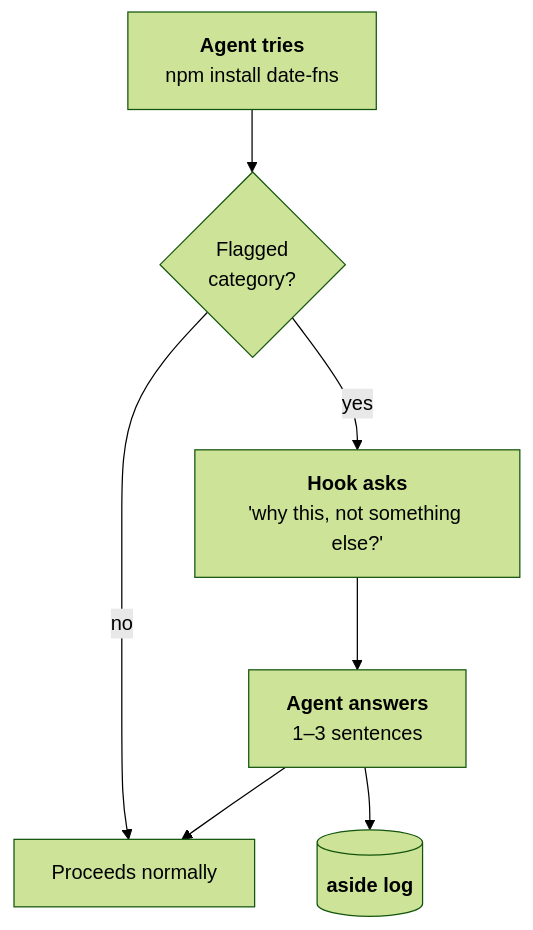
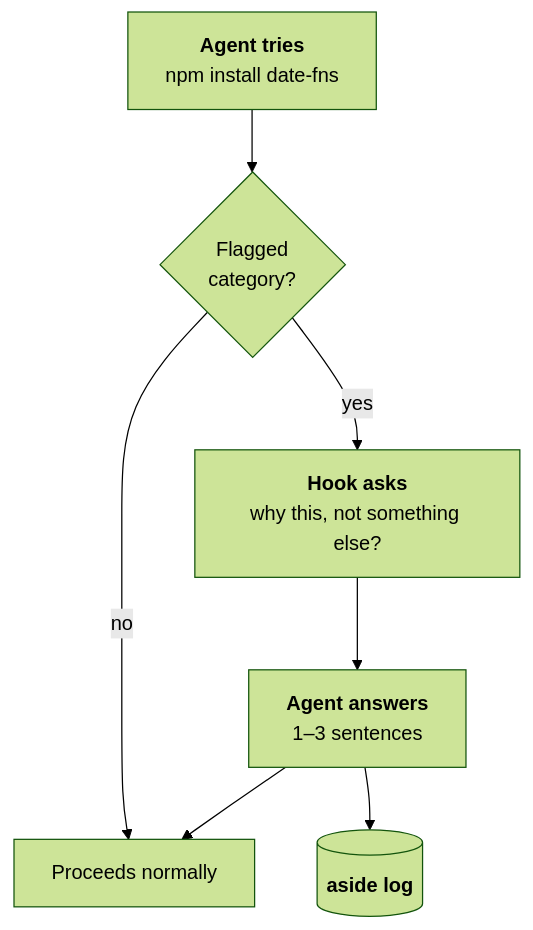
The diagram in README.md (nicoledicochea/agent-aside), drawn with Mermaid (forest theme) before and after one commit. The commit also changed other lines of this file, not shown here.

Commit message:
formatting

````diff
--- a/README.md
+++ b/README.md
@@ -37,9 +37,9 @@
 ```mermaid
 flowchart TD
     A["<b>Agent tries</b><br/>npm install date-fns"] --> B{"Flagged<br/>category?"}
     B -- no --> E["Proceeds normally"]
-    B -- yes --> C["<b>Hook asks</b><br/>'why this, not something else?'"]
+    B -- yes --> C["<b>Hook asks</b><br/>why this, not something else?"]
     C --> D["<b>Agent answers</b><br/>1–3 sentences"]
     D --> F[("<b>aside log</b>")]
     D --> E
 ```
````
